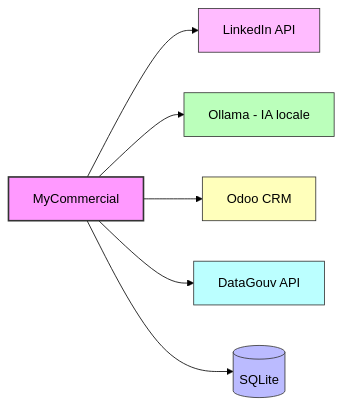
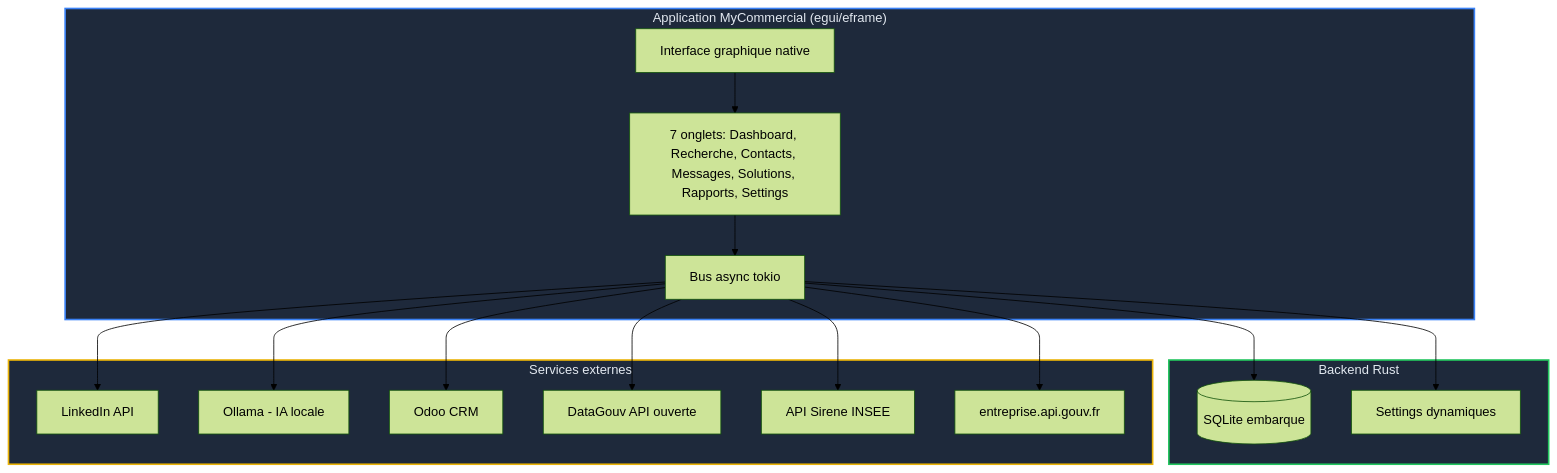
Before and after one commit to cve-solutions/MyCommercial: the first of 4 diagrams in doc/INSTALLATION.md, drawn with Mermaid (forest theme). The commit also changed other lines of this file and 3 other files, not shown here.

First line of the commit message:
docs: update build.sh, docs, and deps for egui GUI migration

````diff
--- a/doc/INSTALLATION.md
+++ b/doc/INSTALLATION.md
@@ -29,15 +30,37 @@
 ```mermaid
-graph LR
-    MC[MyCommercial] --> LI[LinkedIn API]
-    MC --> OL[Ollama - IA locale]
-    MC --> OD[Odoo CRM]
-    MC --> DG[DataGouv API]
-    MC --> DB[(SQLite)]
+graph TD
+    subgraph GUI["Application MyCommercial (egui/eframe)"]
+        UI[Interface graphique native]
+        TABS[7 onglets: Dashboard, Recherche, Contacts, Messages, Solutions, Rapports, Settings]
+        ASYNC[Bus async tokio]
+    end
 
-    style MC fill:#f9f,stroke:#333,stroke-width:2px
-    style DB fill:#bbf,stroke:#333
-    style OL fill:#bfb,stroke:#333
-    style LI fill:#fbf,stroke:#333
-    style OD fill:#ffb,stroke:#333
-    style DG fill:#bff,stroke:#333
+    subgraph BACKEND["Backend Rust"]
+        DB[(SQLite embarque)]
+        SET[Settings dynamiques]
+    end
+
+    subgraph EXTERNAL["Services externes"]
+        LI[LinkedIn API]
+        OL[Ollama - IA locale]
+        OD[Odoo CRM]
+        DG[DataGouv API ouverte]
+        SIRENE[API Sirene INSEE]
+        ENT[entreprise.api.gouv.fr]
+    end
+
+    UI --> TABS
+    TABS --> ASYNC
+    ASYNC --> DB
+    ASYNC --> SET
+    ASYNC --> LI
+    ASYNC --> OL
+    ASYNC --> OD
+    ASYNC --> DG
+    ASYNC --> SIRENE
+    ASYNC --> ENT
+
+    style GUI fill:#1e293b,stroke:#3b82f6,stroke-width:2px,color:#e2e8f0
+    style BACKEND fill:#1e293b,stroke:#22c55e,stroke-width:2px,color:#e2e8f0
+    style EXTERNAL fill:#1e293b,stroke:#eab308,stroke-width:2px,color:#e2e8f0
 ```
````
